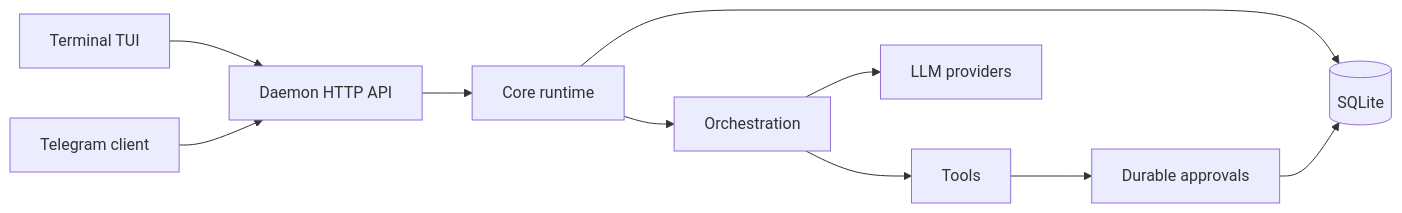
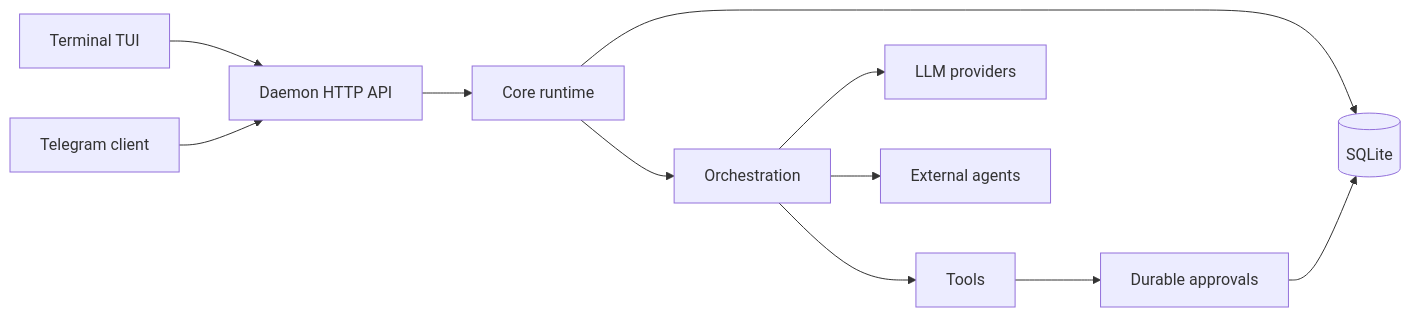
The second of 2 diagrams in README.md (Suren878/matrixclaw), drawn with Mermaid before and after one commit. The commit also changed other lines of this file and 3 other files, not shown here.

````diff
--- a/README.md
+++ b/README.md
@@ -180,12 +183,13 @@
 ```mermaid
 flowchart LR
     TUI[Terminal TUI] --> API[Daemon HTTP API]
     TG[Telegram client] --> API
     API --> CORE[Core runtime]
     CORE --> STORE[(SQLite)]
     CORE --> ORCH[Orchestration]
     ORCH --> PROVIDERS[LLM providers]
+    ORCH --> AGENTS[External agents]
     ORCH --> TOOLS[Tools]
     TOOLS --> APPROVALS[Durable approvals]
     APPROVALS --> STORE
 ```
````
